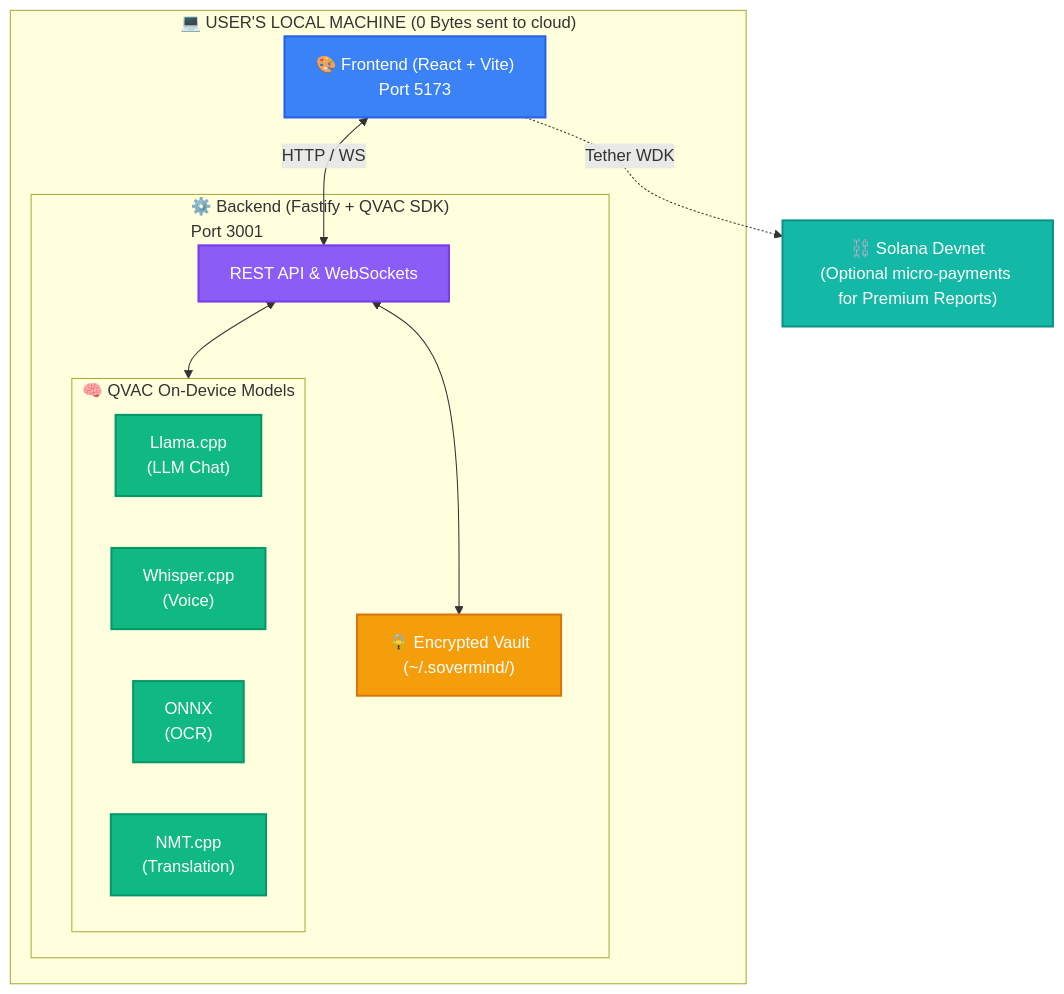
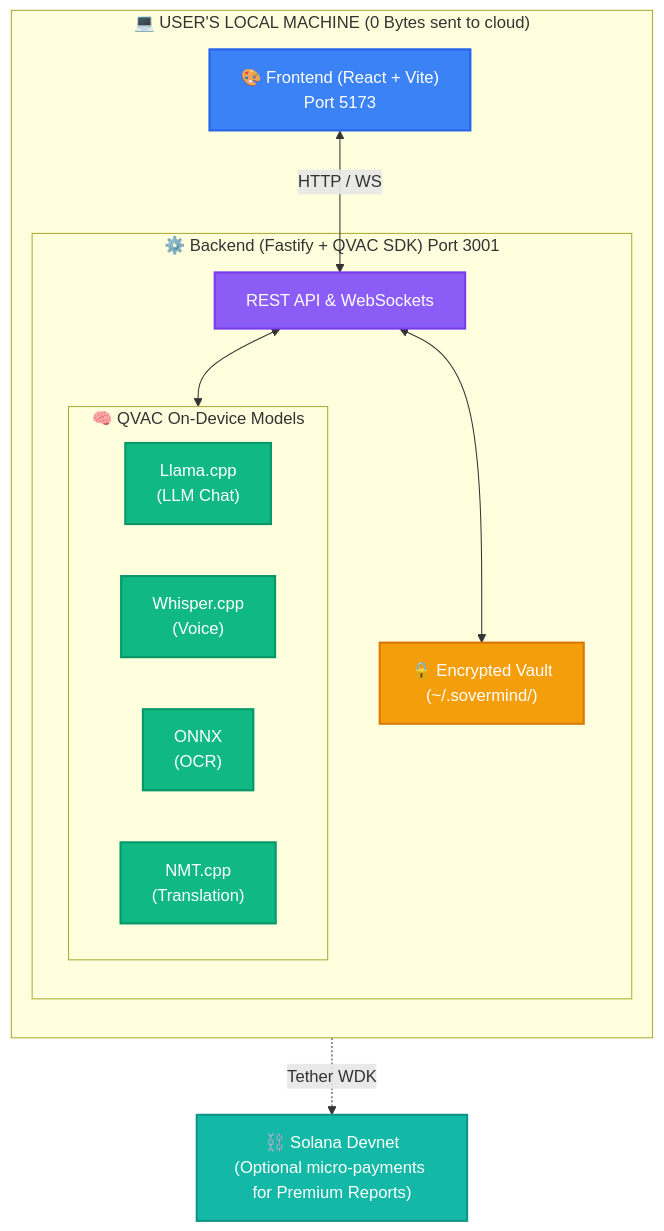
One commit to Gokul-social/Sovermind changed the first of 3 diagrams in README.md. Above: the diagram before and after it, drawn with Mermaid. The commit also changed other lines of this file, not shown here.

````diff
--- a/README.md
+++ b/README.md
@@ -47,36 +78,35 @@
 ```mermaid
 graph TD
     classDef frontend fill:#3b82f6,stroke:#2563eb,stroke-width:2px,color:#fff
     classDef backend fill:#8b5cf6,stroke:#7c3aed,stroke-width:2px,color:#fff
     classDef qvac fill:#10b981,stroke:#059669,stroke-width:2px,color:#fff
     classDef vault fill:#f59e0b,stroke:#d97706,stroke-width:2px,color:#fff
     classDef blockchain fill:#14b8a6,stroke:#0d9488,stroke-width:2px,color:#fff
-    classDef invisible fill:none,stroke:none
 
     subgraph UserMachine ["💻 USER'S LOCAL MACHINE (0 Bytes sent to cloud)"]
+        direction TB
         UI["🎨 Frontend (React + Vite)<br/>Port 5173"]:::frontend
         
-        subgraph BackendStack ["⚙️ Backend (Fastify + QVAC SDK)<br/>Port 3001"]
+        subgraph BackendStack ["⚙️ Backend (Fastify + QVAC SDK) Port 3001"]
             API["REST API & WebSockets"]:::backend
             
             subgraph QVAC ["🧠 QVAC On-Device Models"]
                 direction LR
                 LLM["Llama.cpp<br/>(LLM Chat)"]:::qvac
                 Whisper["Whisper.cpp<br/>(Voice)"]:::qvac
                 ONNX["ONNX<br/>(OCR)"]:::qvac
                 NMT["NMT.cpp<br/>(Translation)"]:::qvac
             end
             
             Vault["🔒 Encrypted Vault<br/>(~/.sovermind/)"]:::vault
             
             API <--> QVAC
             API <--> Vault
         end
         
         UI <-->|"HTTP / WS"| API
     end
     
     Solana["⛓️ Solana Devnet<br/>(Optional micro-payments for Premium Reports)"]:::blockchain
-    
     UI -.->|"Tether WDK"| Solana
 ```
````
